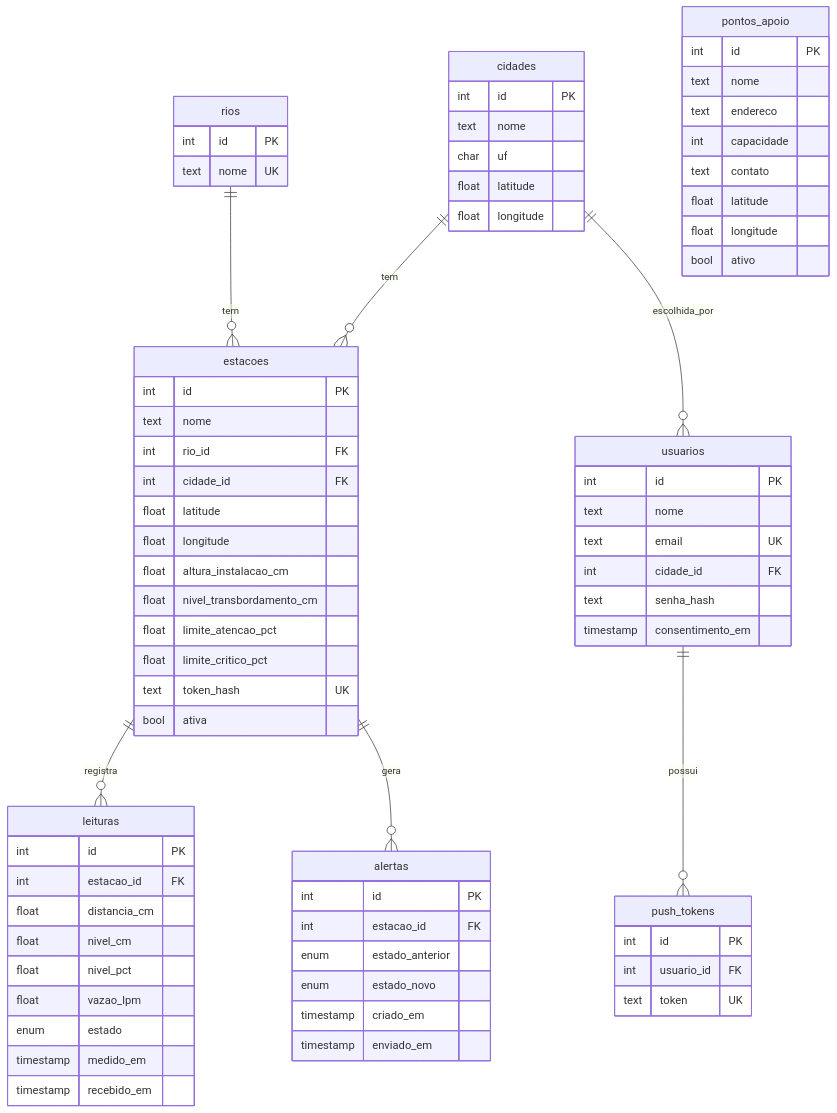
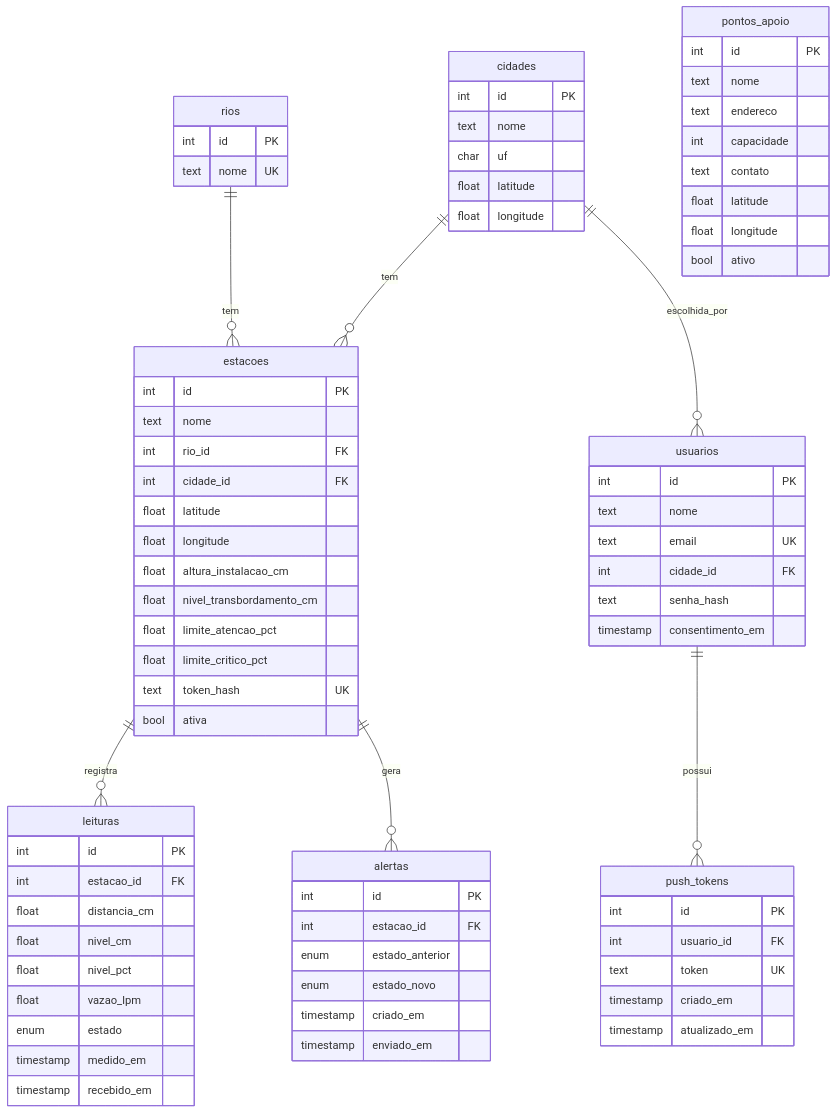
Before and after one commit to Mateus-Fonseca847/acquascan-app: the diagram in docs/banco-de-dados.md, drawn with Mermaid. The commit also changed other lines of this file and 13 other files, not shown here.

````diff
--- a/docs/banco-de-dados.md
+++ b/docs/banco-de-dados.md
@@ -7,77 +7,79 @@
 ```mermaid
 erDiagram
     cidades ||--o{ estacoes : tem
     cidades ||--o{ usuarios : escolhida_por
     rios ||--o{ estacoes : tem
     estacoes ||--o{ leituras : registra
     estacoes ||--o{ alertas : gera
     usuarios ||--o{ push_tokens : possui
 
     cidades {
         int id PK
         text nome
         char uf
         float latitude
         float longitude
     }
     rios {
         int id PK
         text nome UK
     }
     estacoes {
         int id PK
         text nome
         int rio_id FK
         int cidade_id FK
         float latitude
         float longitude
         float altura_instalacao_cm
         float nivel_transbordamento_cm
         float limite_atencao_pct
         float limite_critico_pct
         text token_hash UK
         bool ativa
     }
     leituras {
         int id PK
         int estacao_id FK
         float distancia_cm
         float nivel_cm
         float nivel_pct
         float vazao_lpm
         enum estado
         timestamp medido_em
         timestamp recebido_em
     }
     alertas {
         int id PK
         int estacao_id FK
         enum estado_anterior
         enum estado_novo
         timestamp criado_em
         timestamp enviado_em
     }
     pontos_apoio {
         int id PK
         text nome
         text endereco
         int capacidade
         text contato
         float latitude
         float longitude
         bool ativo
     }
     usuarios {
         int id PK
         text nome
         text email UK
         int cidade_id FK
         text senha_hash
         timestamp consentimento_em
     }
     push_tokens {
         int id PK
         int usuario_id FK
         text token UK
+        timestamp criado_em
+        timestamp atualizado_em
     }
 ```
````
